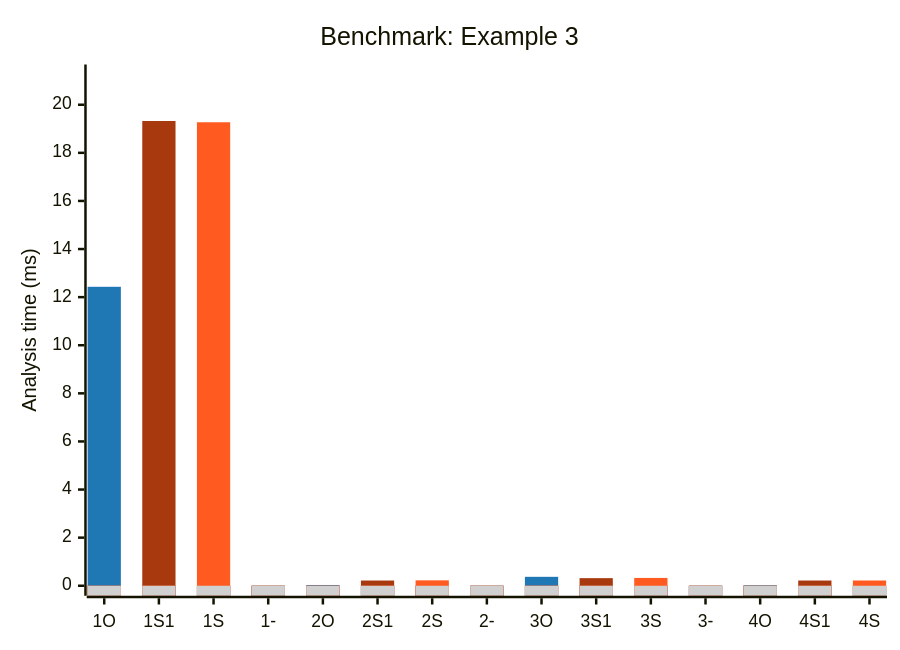
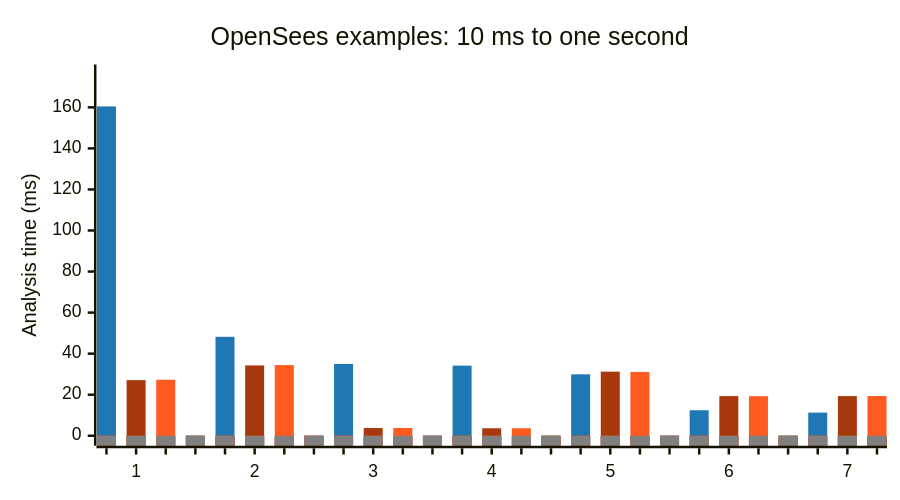
The fifth of 5 diagrams in docs/benchmark-opensees-examples.md (NathanaelRea/Strut), drawn with Mermaid before and after one commit. The commit also changed other lines of this file and 5 other files, not shown here.

````diff
--- a/docs/benchmark-opensees-examples.md
+++ b/docs/benchmark-opensees-examples.md
@@ -146,16 +127,18 @@
 ```mermaid
 ---
 config:
+  xyChart:
+    height: 380
   themeVariables:
     xyChart:
-      plotColorPalette: '#1f77b4, #a8390f, #FF5A1F, #d0d0d0'
+      plotColorPalette: '#1f77b4, #a8390f, #FF5A1F, #808080'
 ---
 xychart-beta
-    title "Benchmark: Example 3"
-    x-axis ["1O", "1S1", "1S", "1-", "2O", "2S1", "2S", "2-", "3O", "3S1", "3S", "3-", "4O", "4S1", "4S"]
-    y-axis "Analysis time (ms)" 0 --> 21.257
-    bar "OS" [12.430, 0.0, 0.0, 0.0, 0.032, 0.0, 0.0, 0.0, 0.371, 0.0, 0.0, 0.0, 0.024, 0.0, 0.0]
-    bar "STR1" [0.0, 19.324, 0.0, 0.0, 0.0, 0.217, 0.0, 0.0, 0.0, 0.316, 0.0, 0.0, 0.0, 0.217, 0.0]
-    bar "STR" [0.0, 0.0, 19.271, 0.0, 0.0, 0.0, 0.224, 0.0, 0.0, 0.0, 0.325, 0.0, 0.0, 0.0, 0.218]
-    bar "mask" [0.0, 0.0, 0.0, 0.0, 0.0, 0.0, 0.0, 0.0, 0.0, 0.0, 0.0, 0.0, 0.0, 0.0, 0.0]
+    title "OpenSees examples: 10 ms to one second"
+    x-axis ["​", "1", "​​", "​​​", "​​​​", "2", "​​​​​", "​​​​​​", "​​​​​​​", "3", "​​​​​​​​", "​​​​​​​​​", "​​​​​​​​​​", "4", "​​​​​​​​​​​", "​​​​​​​​​​​​", "​​​​​​​​​​​​​", "5", "​​​​​​​​​​​​​​", "​​​​​​​​​​​​​​​", "​​​​​​​​​​​​​​​​", "6", "​​​​​​​​​​​​​​​​​", "​​​​​​​​​​​​​​​​​​", "​​​​​​​​​​​​​​​​​​​", "7", "​​​​​​​​​​​​​​​​​​​​"]
+    y-axis "Analysis time (ms)" 0 --> 176
+    bar "opensees" [160.446, 0, 0, 0, 48.203, 0, 0, 0, 34.956, 0, 0, 0, 34.164, 0, 0, 0, 29.923, 0, 0, 0, 12.430, 0, 0, 0, 11.266, 0, 0]
+    bar "strut" [0, 27.096, 0, 0, 0, 34.260, 0, 0, 0, 3.753, 0, 0, 0, 3.647, 0, 0, 0, 31.232, 0, 0, 0, 19.324, 0, 0, 0, 19.322, 0]
+    bar "strut-8" [0, 0, 27.275, 0, 0, 0, 34.415, 0, 0, 0, 3.781, 0, 0, 0, 3.646, 0, 0, 0, 31.062, 0, 0, 0, 19.271, 0, 0, 0, 19.339]
+    bar [0, 0, 0, 0, 0, 0, 0, 0, 0, 0, 0, 0, 0, 0, 0, 0, 0, 0, 0, 0, 0, 0, 0, 0, 0, 0, 0]
 ```
````
